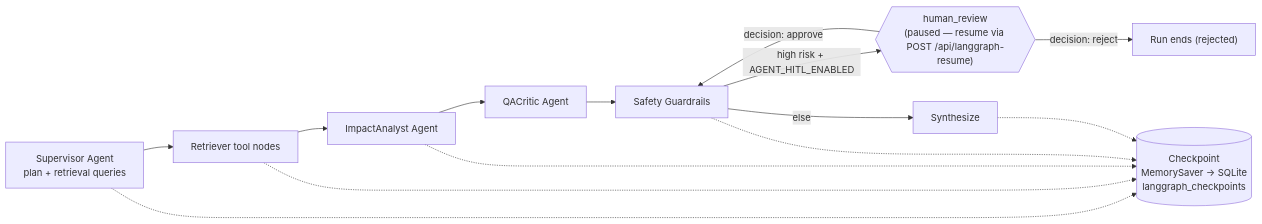
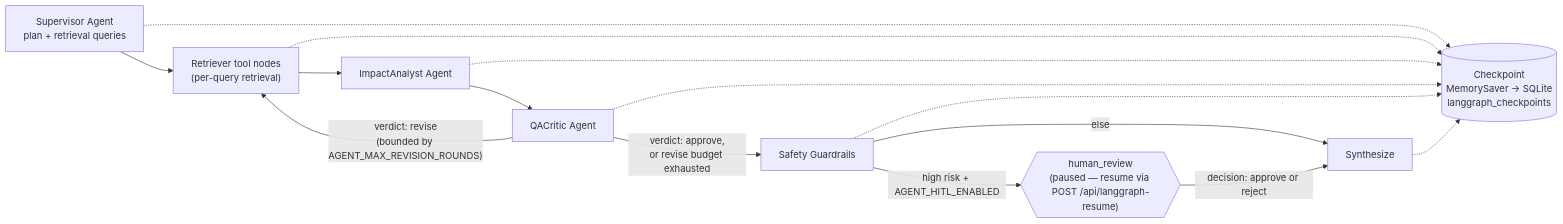
The second of 2 diagrams in README.md (yuk1no4090/Repomentor), drawn with Mermaid before and after one commit. The commit also changed other lines of this file and 7 other files, not shown here.

````diff
--- a/README.md
+++ b/README.md
@@ -75,18 +75,19 @@
 ```mermaid
 flowchart LR
-    Supervisor["Supervisor Agent<br/>plan + retrieval queries"] --> Retrieve["Retriever tool nodes"]
+    Supervisor["Supervisor Agent<br/>plan + retrieval queries"] --> Retrieve["Retriever tool nodes<br/>(per-query retrieval)"]
     Retrieve --> Impact["ImpactAnalyst Agent"]
     Impact --> Critic["QACritic Agent"]
-    Critic --> Guardrails["Safety Guardrails"]
+    Critic -->|"verdict: revise<br/>(bounded by AGENT_MAX_REVISION_ROUNDS)"| Retrieve
+    Critic -->|"verdict: approve,<br/>or revise budget exhausted"| Guardrails["Safety Guardrails"]
     Guardrails -->|"high risk + AGENT_HITL_ENABLED"| HITL{{"human_review<br/>(paused — resume via POST /api/langgraph-resume)"}}
     Guardrails -->|"else"| Synthesize["Synthesize"]
-    HITL -->|"decision: approve"| Guardrails
-    HITL -->|"decision: reject"| Stop["Run ends (rejected)"]
+    HITL -->|"decision: approve or reject"| Synthesize
 
     CP[("Checkpoint<br/>MemorySaver → SQLite<br/>langgraph_checkpoints")]
     Supervisor -.-> CP
     Retrieve -.-> CP
     Impact -.-> CP
+    Critic -.-> CP
     Guardrails -.-> CP
     Synthesize -.-> CP
 ```
````
